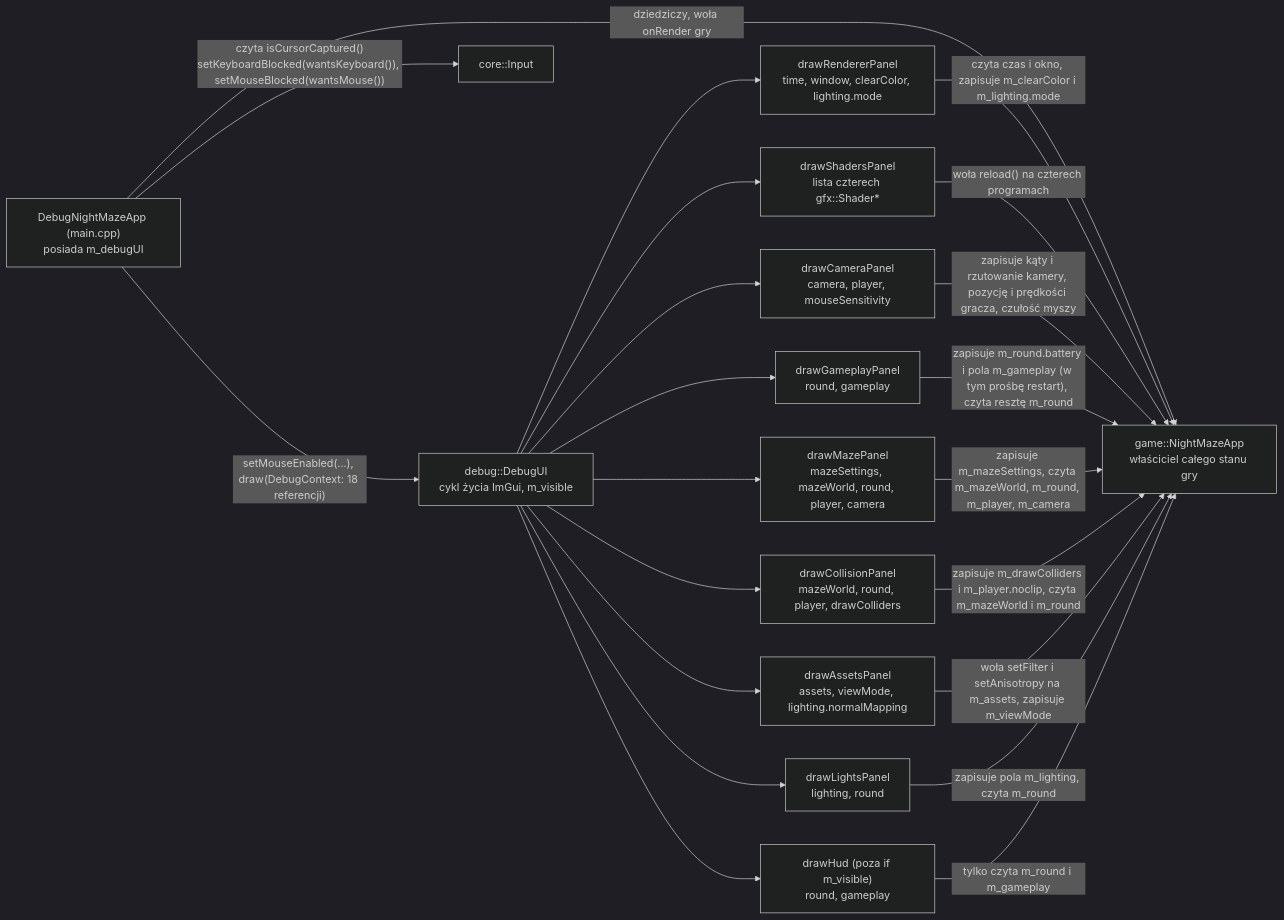
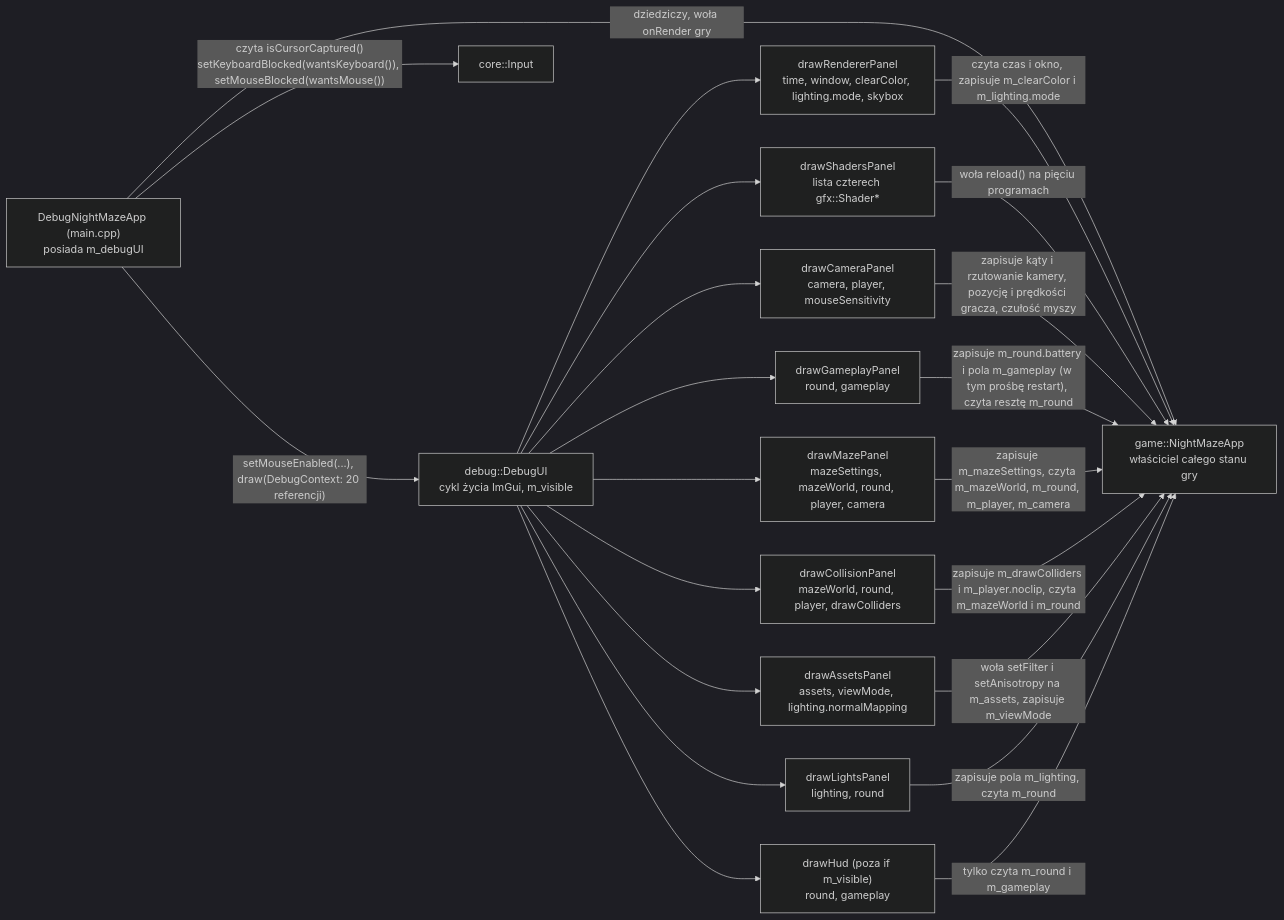
One commit to Shironex/night-maze changed the second of 2 diagrams in docs/modules/debug-ui.md. Above: the diagram before and after it, drawn with Mermaid (dark theme). The commit also changed other lines of this file and 66 other files, not shown here.

Commit message:
feat(gfx): add a night sky skybox from a generated cube map

````diff
--- a/docs/modules/debug-ui.md
+++ b/docs/modules/debug-ui.md
@@ -200,24 +201,24 @@
 ```mermaid
 flowchart LR
-    Main["DebugNightMazeApp (main.cpp)<br/>posiada m_debugUI"] -->|"setMouseEnabled(...), draw(DebugContext: 18 referencji)"| UI["debug::DebugUI<br/>cykl życia ImGui, m_visible"]
+    Main["DebugNightMazeApp (main.cpp)<br/>posiada m_debugUI"] -->|"setMouseEnabled(...), draw(DebugContext: 20 referencji)"| UI["debug::DebugUI<br/>cykl życia ImGui, m_visible"]
     Main -->|"dziedziczy, woła onRender gry"| Game["game::NightMazeApp<br/>właściciel całego stanu gry"]
     Main -->|"czyta isCursorCaptured()<br/>setKeyboardBlocked(wantsKeyboard()), setMouseBlocked(wantsMouse())"| In["core::Input"]
-    UI --> RP["drawRendererPanel<br/>time, window, clearColor, lighting.mode"]
+    UI --> RP["drawRendererPanel<br/>time, window, clearColor, lighting.mode, skybox"]
     UI --> SP["drawShadersPanel<br/>lista czterech gfx::Shader*"]
     UI --> CP["drawCameraPanel<br/>camera, player, mouseSensitivity"]
     UI --> GP["drawGameplayPanel<br/>round, gameplay"]
     UI --> MP["drawMazePanel<br/>mazeSettings, mazeWorld, round, player, camera"]
     UI --> CO["drawCollisionPanel<br/>mazeWorld, round, player, drawColliders"]
     UI --> AP["drawAssetsPanel<br/>assets, viewMode, lighting.normalMapping"]
     UI --> LP["drawLightsPanel<br/>lighting, round"]
     UI --> HUD["drawHud (poza if m_visible)<br/>round, gameplay"]
     RP -->|"czyta czas i okno, zapisuje m_clearColor i m_lighting.mode"| Game
-    SP -->|"woła reload() na czterech programach"| Game
+    SP -->|"woła reload() na pięciu programach"| Game
     CP -->|"zapisuje kąty i rzutowanie kamery, pozycję i prędkości gracza, czułość myszy"| Game
     GP -->|"zapisuje m_round.battery i pola m_gameplay (w tym prośbę restart), czyta resztę m_round"| Game
     MP -->|"zapisuje m_mazeSettings, czyta m_mazeWorld, m_round, m_player, m_camera"| Game
     CO -->|"zapisuje m_drawColliders i m_player.noclip, czyta m_mazeWorld i m_round"| Game
     AP -->|"woła setFilter i setAnisotropy na m_assets, zapisuje m_viewMode"| Game
     LP -->|"zapisuje pola m_lighting, czyta m_round"| Game
     HUD -->|"tylko czyta m_round i m_gameplay"| Game
 ```
````
